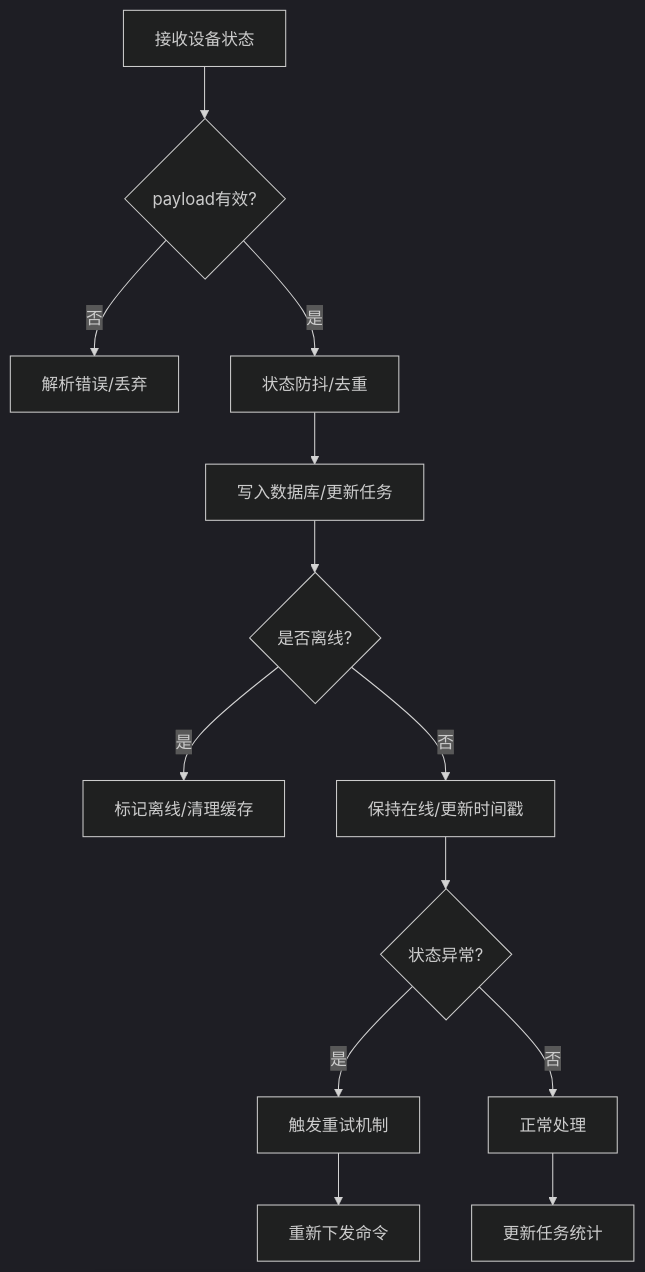
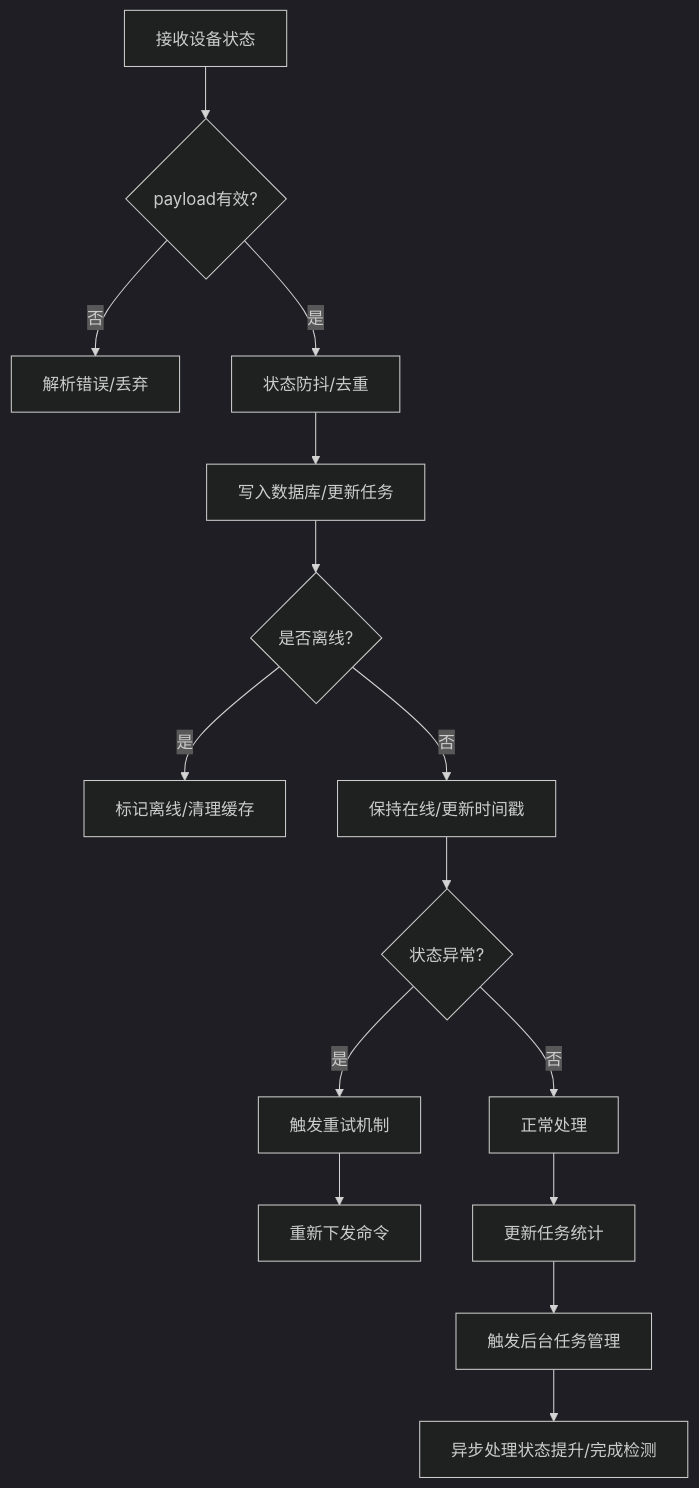
The eighth of 11 diagrams in .qoder/repowiki/zh/content/OTA升级系统/OTA任务调度/OTA进度跟踪.md (mcmrzy/cs_inv_monitor-develop), drawn with Mermaid (dark theme) before and after one commit. The commit also changed other lines of this file and 28 other files, not shown here.

````diff
--- a/.qoder/repowiki/zh/content/OTA升级系统/OTA任务调度/OTA进度跟踪.md
+++ b/.qoder/repowiki/zh/content/OTA升级系统/OTA任务调度/OTA进度跟踪.md
@@ -333,15 +392,17 @@
 ```mermaid
 flowchart TD
 A["接收设备状态"] --> B{"payload有效?"}
 B --> |否| E["解析错误/丢弃"]
 B --> |是| C["状态防抖/去重"]
 C --> D["写入数据库/更新任务"]
 D --> F{"是否离线?"}
 F --> |是| G["标记离线/清理缓存"]
 F --> |否| H["保持在线/更新时间戳"]
 H --> I{"状态异常?"}
 I --> |是| J["触发重试机制"]
 I --> |否| K["正常处理"]
 J --> L["重新下发命令"]
 K --> M["更新任务统计"]
+M --> N["触发后台任务管理"]
+N --> O["异步处理状态提升/完成检测"]
 ```
````
